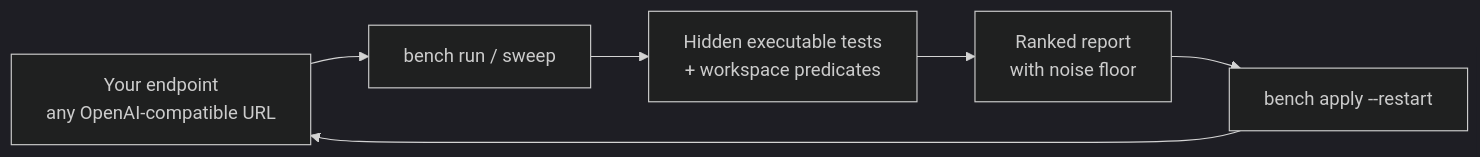
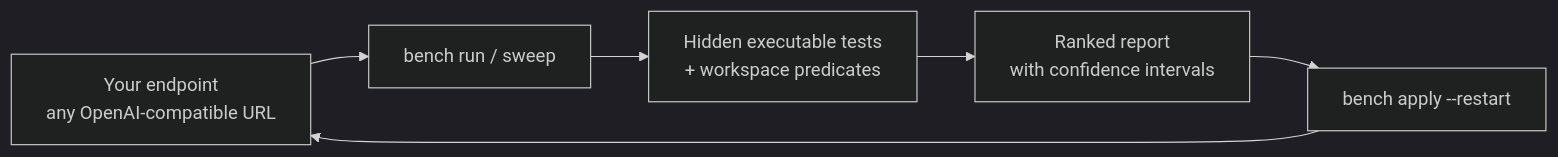
Before and after one commit to luongnv89/m-bench: the first of 2 diagrams in README.md, drawn with Mermaid (dark theme). The commit also changed other lines of this file and 12 other files, not shown here.

````diff
--- a/README.md
+++ b/README.md
@@ -51,8 +51,8 @@
 ```mermaid
 graph LR
     A[Your endpoint<br/>any OpenAI-compatible URL] --> B[bench run / sweep]
     B --> C[Hidden executable tests<br/>+ workspace predicates]
-    C --> D[Ranked report<br/>with noise floor]
+    C --> D[Ranked report<br/>with confidence intervals]
     D --> E[bench apply --restart]
     E --> A
 ```
````
